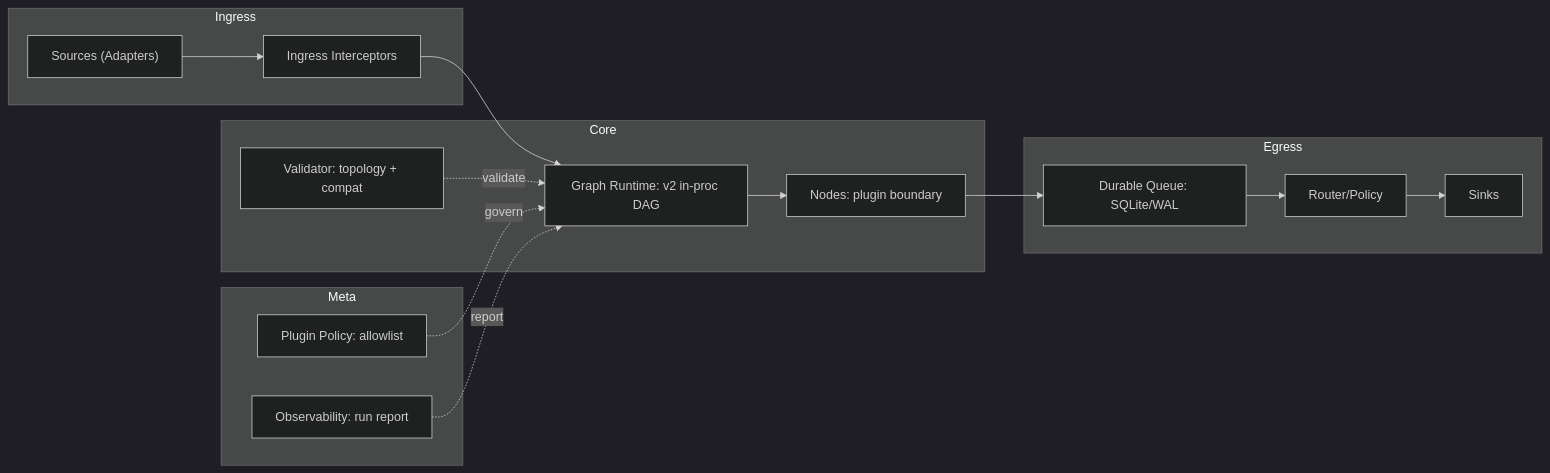
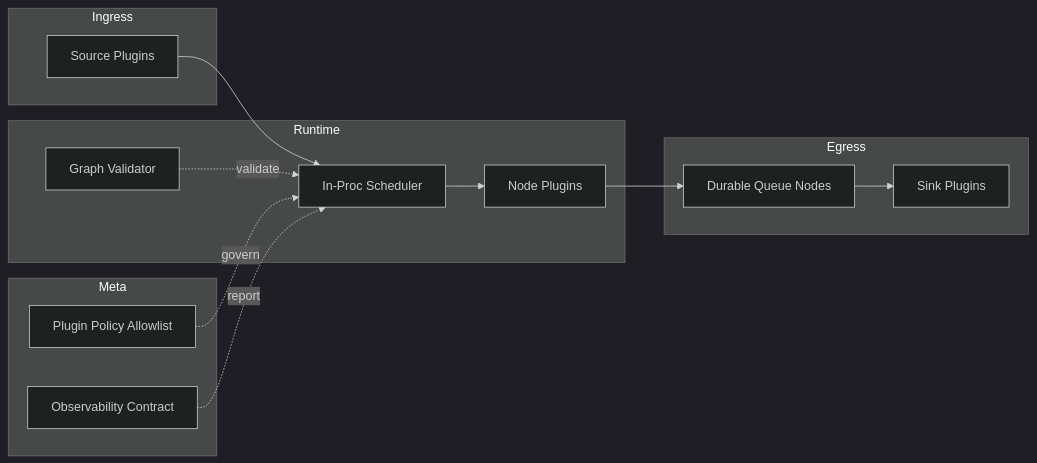
One commit to KyunghoCha/schnitzel-stream-platform changed the first of 2 diagrams in README.md. Above: the diagram before and after it, drawn with Mermaid (dark theme). The commit also changed other lines of this file and 6 other files, not shown here.

````diff
--- a/README.md
+++ b/README.md
@@ -38,29 +31,27 @@
 ```mermaid
 flowchart LR
   subgraph Ingress["Ingress"]
-    S["Sources (Adapters)"]
-    I["Ingress Interceptors"]
+    S["Source Plugins"]
   end
 
-  subgraph Core["Core"]
-    V["Validator: topology + compat"]
-    G["Graph Runtime: v2 in-proc DAG"]
-    N["Nodes: plugin boundary"]
+  subgraph Runtime["Runtime"]
+    V["Graph Validator"]
+    G["In-Proc Scheduler"]
+    N["Node Plugins"]
   end
 
   subgraph Egress["Egress"]
-    Q["Durable Queue: SQLite/WAL"]
-    R["Router/Policy"]
-    K["Sinks"]
+    D["Durable Queue Nodes"]
+    K["Sink Plugins"]
   end
 
   subgraph Meta["Meta"]
-    P["Plugin Policy: allowlist"]
-    O["Observability: run report"]
+    P["Plugin Policy Allowlist"]
+    O["Observability Contract"]
   end
 
-  S --> I --> G --> N --> Q --> R --> K
-  V -. validate .-> G
-  P -. govern .-> G
-  O -. report .-> G
+  S --> G --> N --> D --> K
+  V -."validate".-> G
+  P -."govern".-> G
+  O -."report".-> G
 ```
````
